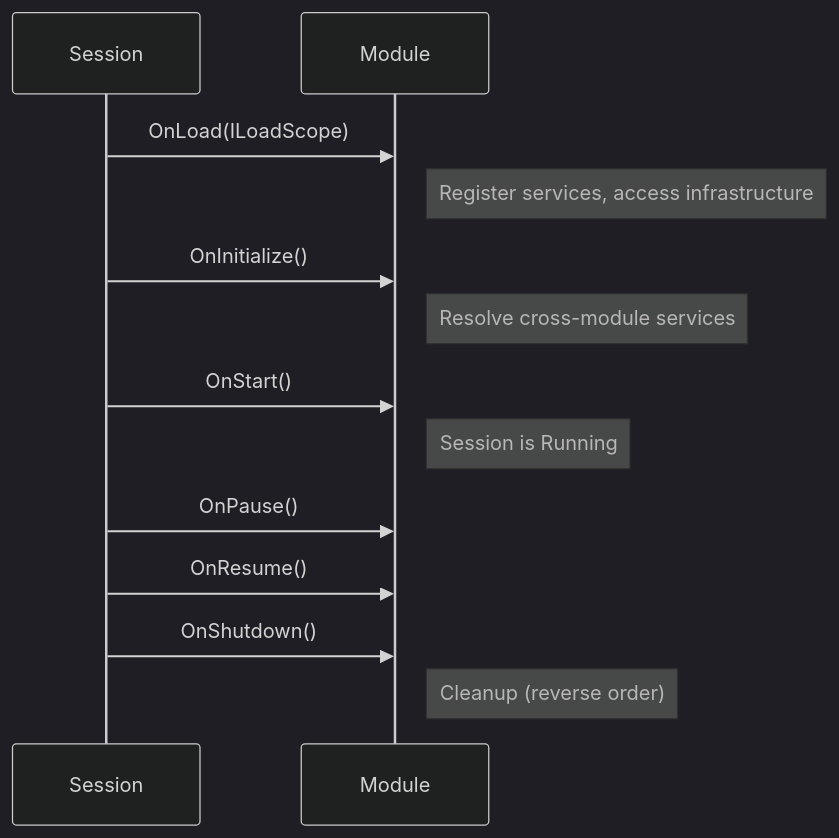
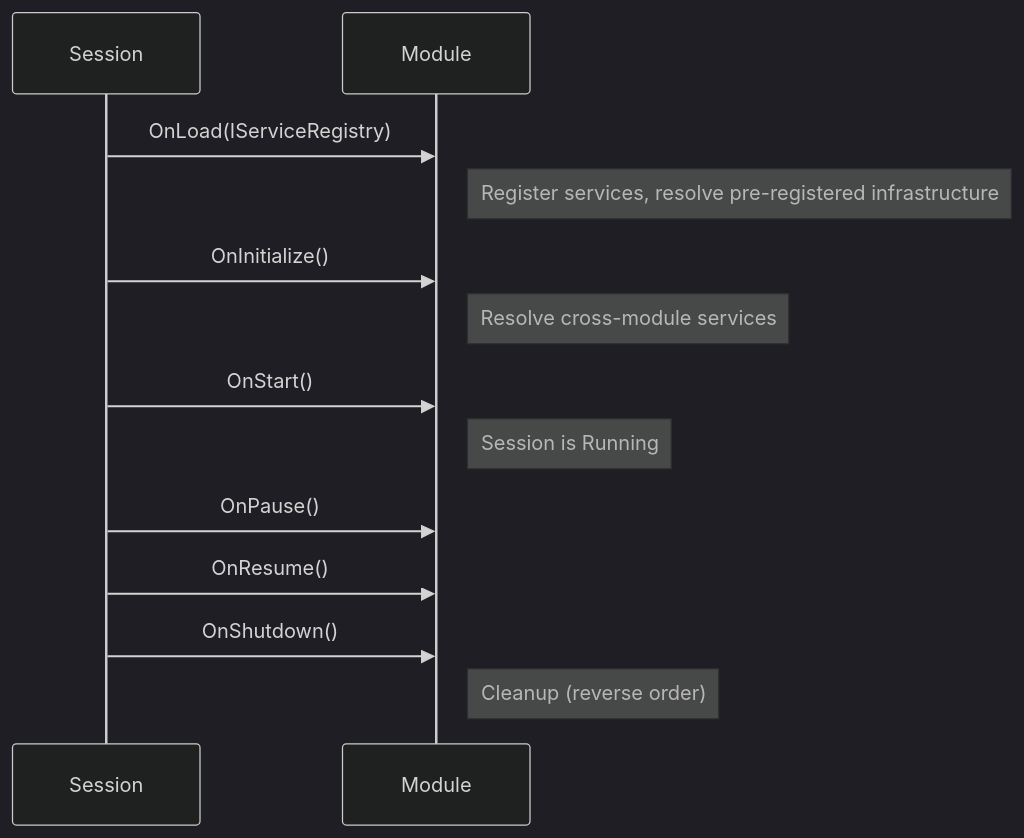
One commit to Ieunn/Flos changed the third of 3 diagrams in docs/Architecture.md. Above: the diagram before and after it, drawn with Mermaid (dark theme). The commit also changed other lines of this file and 16 other files, not shown here.

Commit message:
Revert ILoadScope implementation

````diff
--- a/docs/Architecture.md
+++ b/docs/Architecture.md
@@ -289,16 +289,16 @@
 ```mermaid
 sequenceDiagram
     participant S as Session
     participant M as Module
 
-    S->>M: OnLoad(ILoadScope)
-    Note right of M: Register services, access infrastructure
+    S->>M: OnLoad(IServiceRegistry)
+    Note right of M: Register services, resolve pre-registered infrastructure
     S->>M: OnInitialize()
     Note right of M: Resolve cross-module services
     S->>M: OnStart()
     Note right of M: Session is Running
     S->>M: OnPause()
     S->>M: OnResume()
     S->>M: OnShutdown()
     Note right of M: Cleanup (reverse order)
 ```
````
